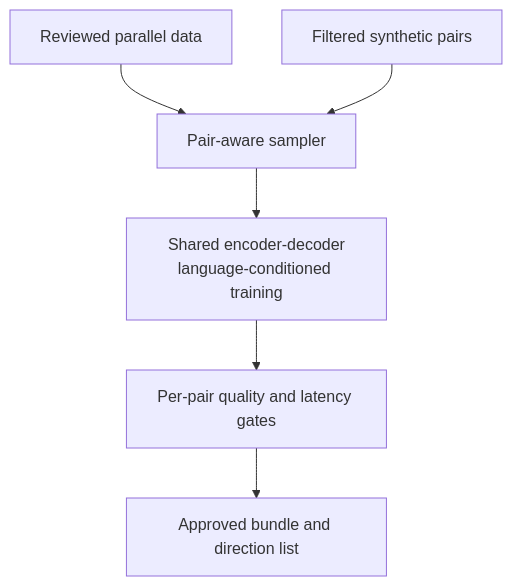
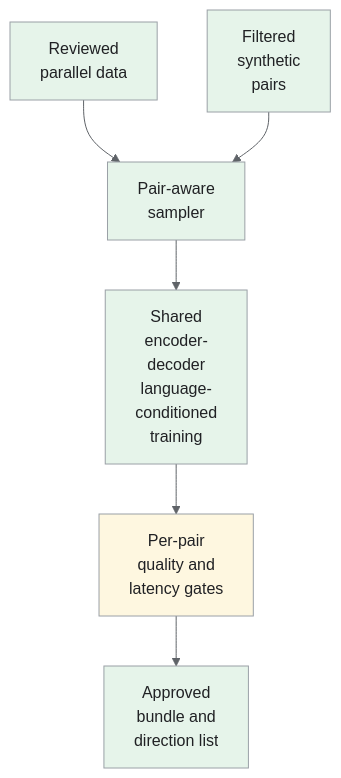
One commit to iliazlobin/iliazlobin.github.io changed the fourth of 5 diagrams in _designs/ml-system-design-machine-translation.md. Above: the diagram before and after it, drawn with Mermaid. The commit also changed other lines of this file and 131 other files, not shown here.

````diff
--- a/_designs/ml-system-design-machine-translation.md
+++ b/_designs/ml-system-design-machine-translation.md
@@ -206,8 +270,15 @@
 ```mermaid
+%%{init: {'theme':'base','themeVariables':{'primaryColor':'#e8f0fe','primaryTextColor':'#202124','primaryBorderColor':'#9aa0a6','lineColor':'#5f6368','secondaryColor':'#e6f4ea','tertiaryColor':'#fef7e0','actorBkg':'#e8f0fe','actorBorder':'#9aa0a6','actorTextColor':'#202124','noteBkgColor':'#fef7e0','noteTextColor':'#202124','noteBorderColor':'#9aa0a6','signalColor':'#5f6368','signalTextColor':'#202124','labelBoxBkgColor':'#fef7e0','labelBoxBorderColor':'#9aa0a6'}}}%%
 flowchart TB
-    A["Reviewed parallel data"] --> S["Pair-aware sampler"]
-    B["Filtered synthetic pairs"] --> S
-    S --> T["Shared encoder-decoder<br>language-conditioned training"]
-    T --> E["Per-pair quality and latency gates"]
-    E --> R["Approved bundle and direction list"]
+    A["Reviewed<br>parallel data"] --> S["Pair-aware<br>sampler"]
+    B["Filtered<br>synthetic<br>pairs"] --> S
+    S --> T["Shared<br>encoder-<br>decoder<br>language-<br>conditioned<br>training"]
+    T --> E["Per-pair<br>quality and<br>latency gates"]
+    E --> R["Approved<br>bundle and<br>direction list"]
+classDef request fill:#e8f0fe,stroke:#9aa0a6,color:#202124;
+classDef data fill:#e6f4ea,stroke:#9aa0a6,color:#202124;
+classDef control fill:#fef7e0,stroke:#9aa0a6,color:#202124;
+class A,B,S,T,R data;
+class E control;
+
 ```
````
